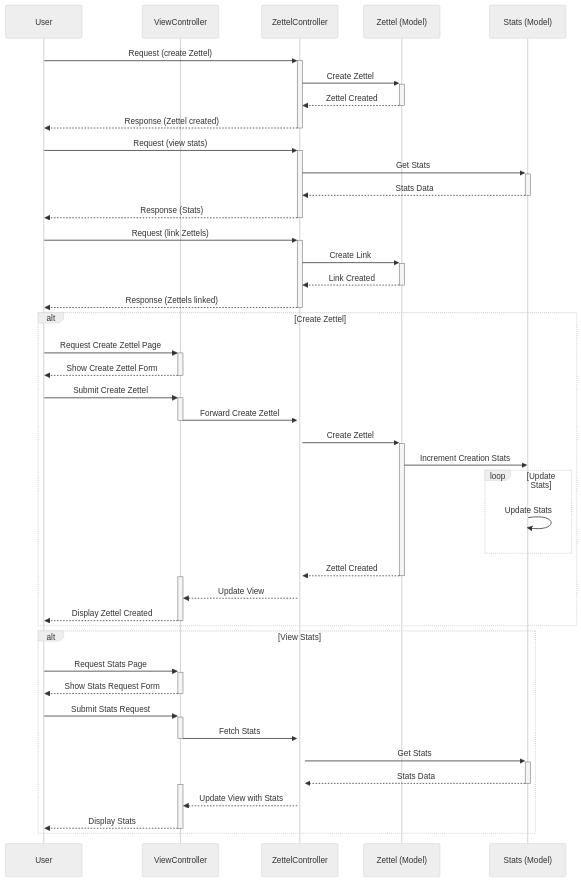
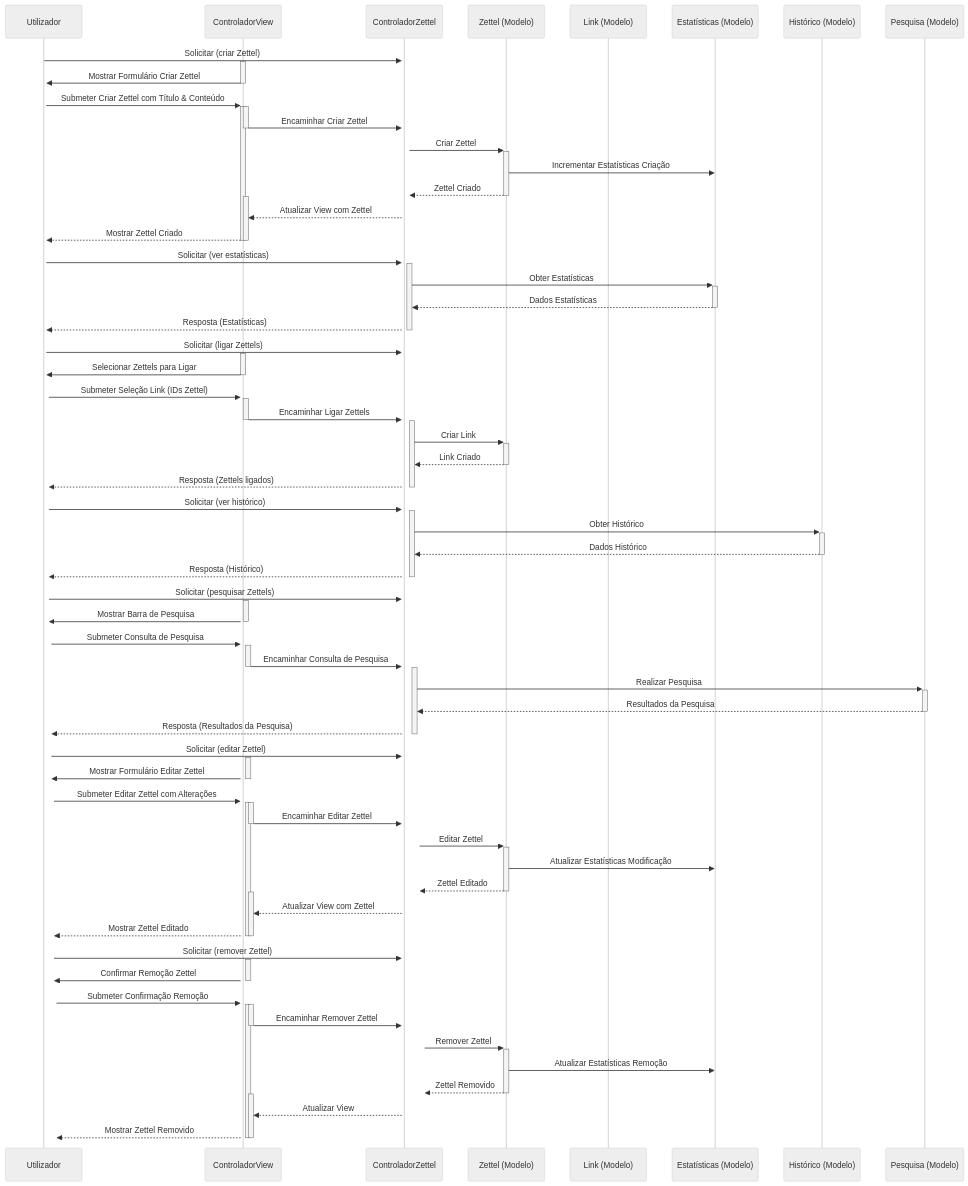
Before and after one commit to Odas0R/zet-cmd: the first of 2 diagrams in ARCHITECTURE.md, drawn with Mermaid (neutral theme). The commit also changed other lines of this file and 10 other files, not shown here.

````diff
--- a/ARCHITECTURE.md
+++ b/ARCHITECTURE.md
@@ -91,53 +17,103 @@
 ```mermaid
 sequenceDiagram
-    participant User
-    participant VC as ViewController
-    participant ZC as ZettelController
-    participant Z as Zettel (Model)
-    participant SM as Stats (Model)
+    participant Utilizador
+    participant VC as ControladorView
+    participant ZC as ControladorZettel
+    participant Z as Zettel (Modelo)
+    participant L as Link (Modelo)
+    participant SM as Estatísticas (Modelo)
+    participant H as Histórico (Modelo)
+    participant P as Pesquisa (Modelo)
 
-    User->>+ZC: Request (create Zettel)
-    ZC->>+Z: Create Zettel
-    Z-->>-ZC: Zettel Created
-    ZC-->>-User: Response (Zettel created)
+    # Criar Zettel
+    Utilizador->>+ZC: Solicitar (criar Zettel)
+    activate VC
+    VC->>+Utilizador: Mostrar Formulário Criar Zettel
+    deactivate VC
+    Utilizador->>+VC: Submeter Criar Zettel com Título & Conteúdo
+    activate VC
+    VC->>+ZC: Encaminhar Criar Zettel
+    deactivate VC
+    ZC->>+Z: Criar Zettel
+    Z->>SM: Incrementar Estatísticas Criação
+    Z-->>-ZC: Zettel Criado
+    activate VC
+    ZC-->>VC: Atualizar View com Zettel
+    VC-->>-Utilizador: Mostrar Zettel Criado
+    deactivate VC
 
-    User->>+ZC: Request (view stats)
-    ZC->>+SM: Get Stats
-    SM-->>-ZC: Stats Data
-    ZC-->>-User: Response (Stats)
+    # Visualizar Estatísticas
+    Utilizador->>+ZC: Solicitar (ver estatísticas)
+    ZC->>+SM: Obter Estatísticas
+    SM-->>-ZC: Dados Estatísticas
+    ZC-->>-Utilizador: Resposta (Estatísticas)
 
-    User->>+ZC: Request (link Zettels)
-    ZC->>+Z: Create Link
-    Z-->>-ZC: Link Created
-    ZC-->>-User: Response (Zettels linked)
+    # Criar Link
+    Utilizador->>+ZC: Solicitar (ligar Zettels)
+    activate VC
+    VC->>+Utilizador: Selecionar Zettels para Ligar
+    deactivate VC
+    Utilizador->>+VC: Submeter Seleção Link (IDs Zettel)
+    activate VC
+    VC->>+ZC: Encaminhar Ligar Zettels
+    deactivate VC
+    ZC->>+Z: Criar Link
+    Z-->>-ZC: Link Criado
+    ZC-->>-Utilizador: Resposta (Zettels ligados)
 
-    alt Create Zettel
-        User->>+VC: Request Create Zettel Page
-        VC-->>-User: Show Create Zettel Form
-        User->>+VC: Submit Create Zettel
-        VC->>+ZC: Forward Create Zettel
-        deactivate VC
-        ZC->>+Z: Create Zettel
-        Z->>SM: Increment Creation Stats
-        loop Update Stats
-            SM->>SM: Update Stats
-        end
-        Z-->>-ZC: Zettel Created
-        activate VC
-        ZC-->>VC: Update View
-        VC-->>-User: Display Zettel Created
-    end
+    # Visualizar Histórico
+    Utilizador->>+ZC: Solicitar (ver histórico)
+    ZC->>+H: Obter Histórico
+    H-->>-ZC: Dados Histórico
+    ZC-->>-Utilizador: Resposta (Histórico)
 
-    alt View Stats
-        User->>+VC: Request Stats Page
-        VC-->>-User: Show Stats Request Form
-        User->>+VC: Submit Stats Request
-        VC->>+ZC: Fetch Stats
-        deactivate VC
-        ZC->>+SM: Get Stats
-        SM-->>-ZC: Stats Data
-        activate VC
-        ZC-->>VC: Update View with Stats
-        VC-->>-User: Display Stats
-    end
+    # Pesquisar
+    Utilizador->>+ZC: Solicitar (pesquisar Zettels)
+    activate VC
+    VC->>+Utilizador: Mostrar Barra de Pesquisa
+    deactivate VC
+    Utilizador->>+VC: Submeter Consulta de Pesquisa
+    activate VC
+    VC->>+ZC: Encaminhar Consulta de Pesquisa
+    deactivate VC
+    ZC->>+P: Realizar Pesquisa
+    P-->>-ZC: Resultados da Pesquisa
+    ZC-->>-Utilizador: Resposta (Resultados da Pesquisa)
+
+    # Editar Zettel
+    Utilizador->>+ZC: Solicitar (editar Zettel)
+    activate VC
+    VC->>+Utilizador: Mostrar Formulário Editar Zettel
+    deactivate VC
+    Utilizador->>+VC: Submeter Editar Zettel com Alterações
+    activate VC
+    VC->>+ZC: Encaminhar Editar Zettel
+    deactivate VC
+    ZC->>+Z: Editar Zettel
+    Z->>SM: Atualizar Estatísticas Modificação
+    Z-->>-ZC: Zettel Editado
+    activate VC
+    ZC-->>VC: Atualizar View com Zettel
+    VC-->>-Utilizador: Mostrar Zettel Editado
+    deactivate VC
+
+    # Remover Zettel
+    Utilizador->>+ZC: Solicitar (remover Zettel)
+    activate VC
+    VC->>+Utilizador: Confirmar Remoção Zettel
+    deactivate VC
+    Utilizador->>+VC: Submeter Confirmação Remoção
+    activate VC
+    VC->>+ZC: Encaminhar Remover Zettel
+    deactivate VC
+    ZC->>+Z: Remover Zettel
+    Z->>SM: Atualizar Estatísticas Remoção
+    Z-->>-ZC: Zettel Removido
+    activate VC
+    ZC-->>VC: Atualizar View
+    VC-->>-Utilizador: Mostrar Zettel Removido
+    deactivate VC
+
+
+
 ```
````
